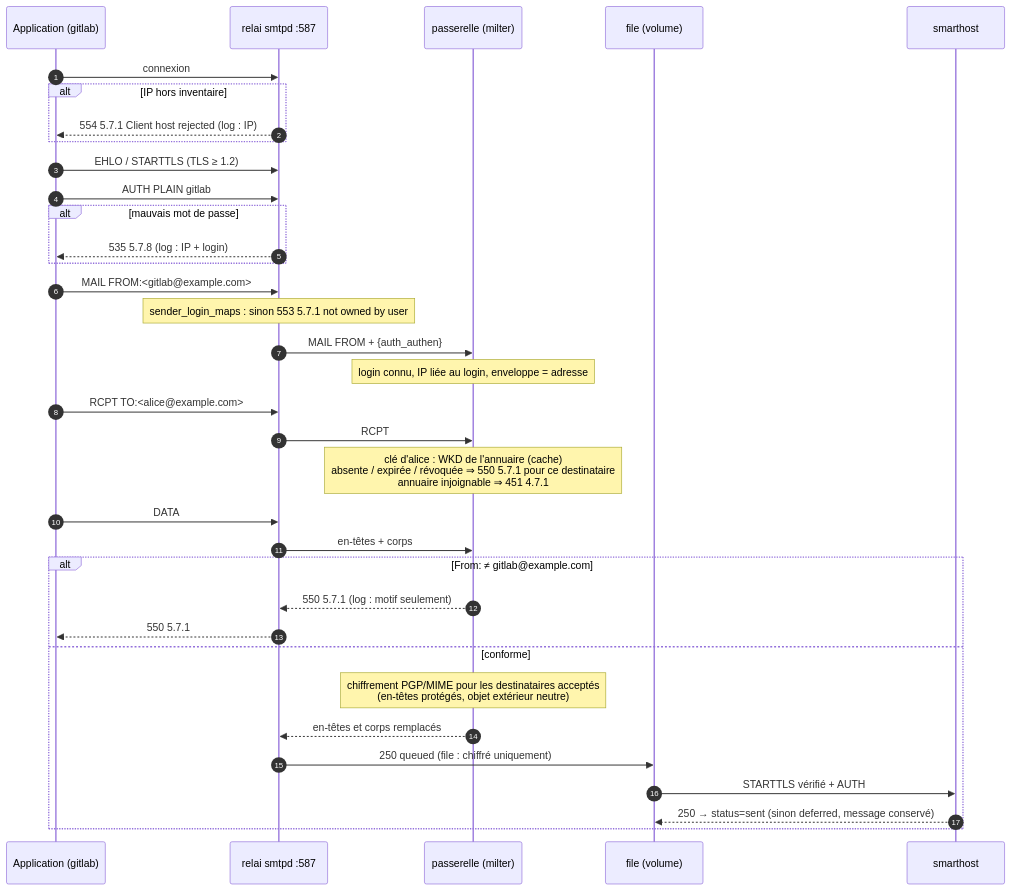
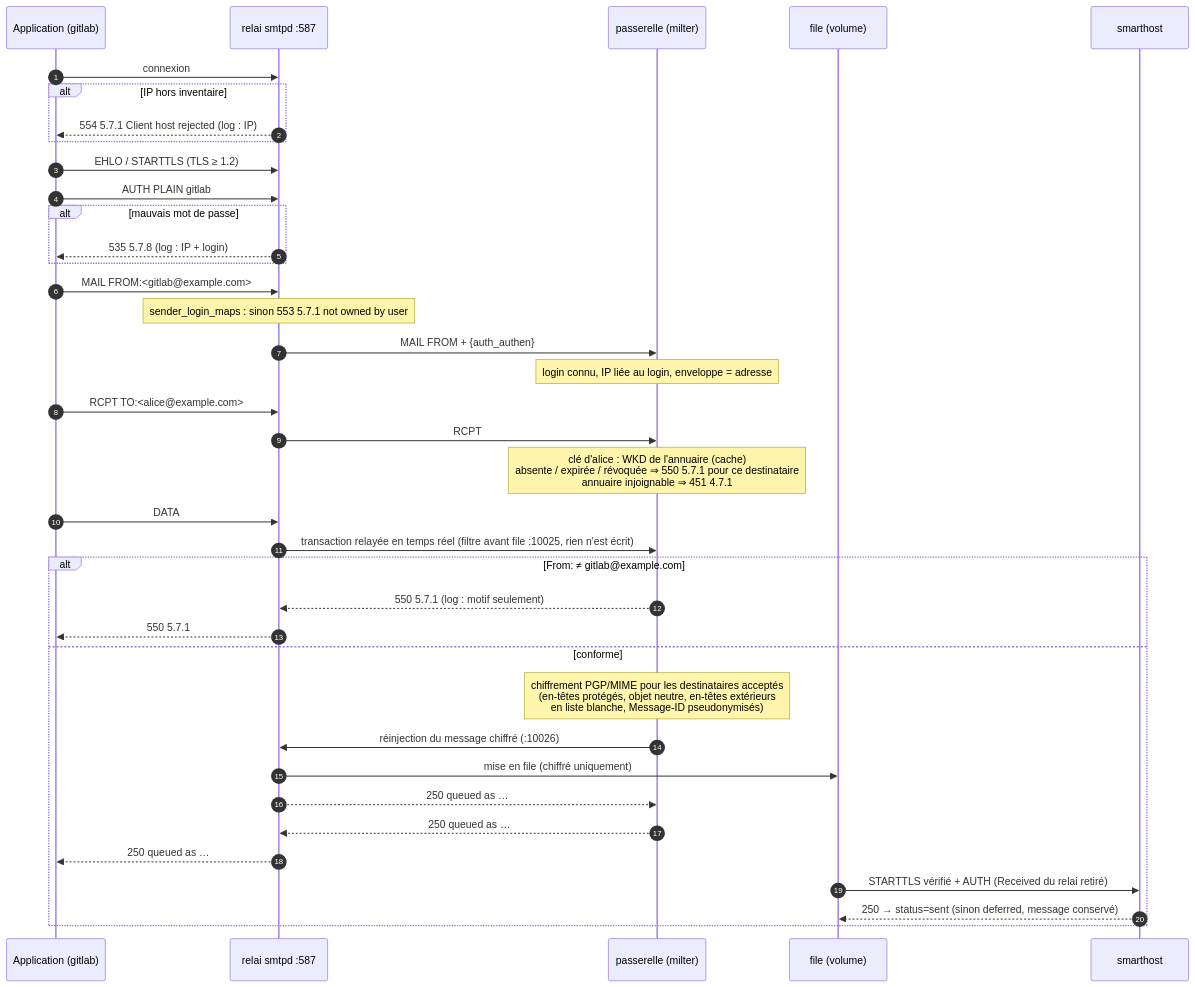
One commit to kosaar/relai-smtp changed the second of 3 diagrams in docs/architecture.md. Above: the diagram before and after it, drawn with Mermaid. The commit also changed other lines of this file and 29 other files, not shown here.

````diff
--- a/docs/architecture.md
+++ b/docs/architecture.md
@@ -74,38 +78,41 @@
 ```mermaid
 sequenceDiagram
     autonumber
     participant App as Application (gitlab)
     participant S as relai smtpd :587
     participant G as passerelle (milter)
     participant Q as file (volume)
     participant M as smarthost
 
     App->>S: connexion
     alt IP hors inventaire
         S-->>App: 554 5.7.1 Client host rejected (log : IP)
     end
     App->>S: EHLO / STARTTLS (TLS ≥ 1.2)
     App->>S: AUTH PLAIN gitlab
     alt mauvais mot de passe
         S-->>App: 535 5.7.8 (log : IP + login)
     end
     App->>S: MAIL FROM:<gitlab@example.com>
     Note over S: sender_login_maps : sinon 553 5.7.1 not owned by user
     S->>G: MAIL FROM + {auth_authen}
     Note over G: login connu, IP liée au login, enveloppe = adresse
     App->>S: RCPT TO:<alice@example.com>
     S->>G: RCPT
     Note over G: clé d'alice : WKD de l'annuaire (cache)<br/>absente / expirée / révoquée ⇒ 550 5.7.1 pour ce destinataire<br/>annuaire injoignable ⇒ 451 4.7.1
     App->>S: DATA
-    S->>G: en-têtes + corps
+    S->>G: transaction relayée en temps réel (filtre avant file :10025, rien n'est écrit)
     alt From: ≠ gitlab@example.com
         G-->>S: 550 5.7.1 (log : motif seulement)
         S-->>App: 550 5.7.1
     else conforme
-        Note over G: chiffrement PGP/MIME pour les destinataires acceptés<br/>(en-têtes protégés, objet extérieur neutre)
-        G-->>S: en-têtes et corps remplacés
-        S->>Q: 250 queued (file : chiffré uniquement)
-        Q->>M: STARTTLS vérifié + AUTH
+        Note over G: chiffrement PGP/MIME pour les destinataires acceptés<br/>(en-têtes protégés, objet neutre, en-têtes extérieurs<br/>en liste blanche, Message-ID pseudonymisés)
+        G->>S: réinjection du message chiffré (:10026)
+        S->>Q: mise en file (chiffré uniquement)
+        S-->>G: 250 queued as …
+        G-->>S: 250 queued as …
+        S-->>App: 250 queued as …
+        Q->>M: STARTTLS vérifié + AUTH (Received du relai retiré)
         M-->>Q: 250 → status=sent (sinon deferred, message conservé)
     end
 ```
````
